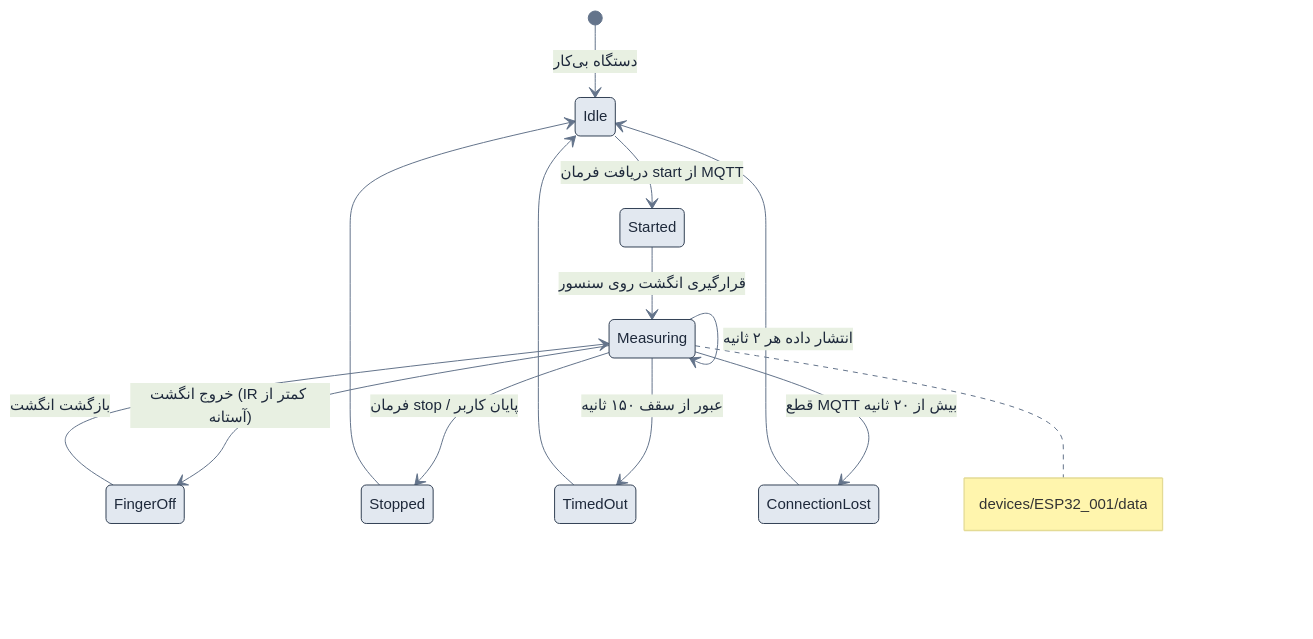
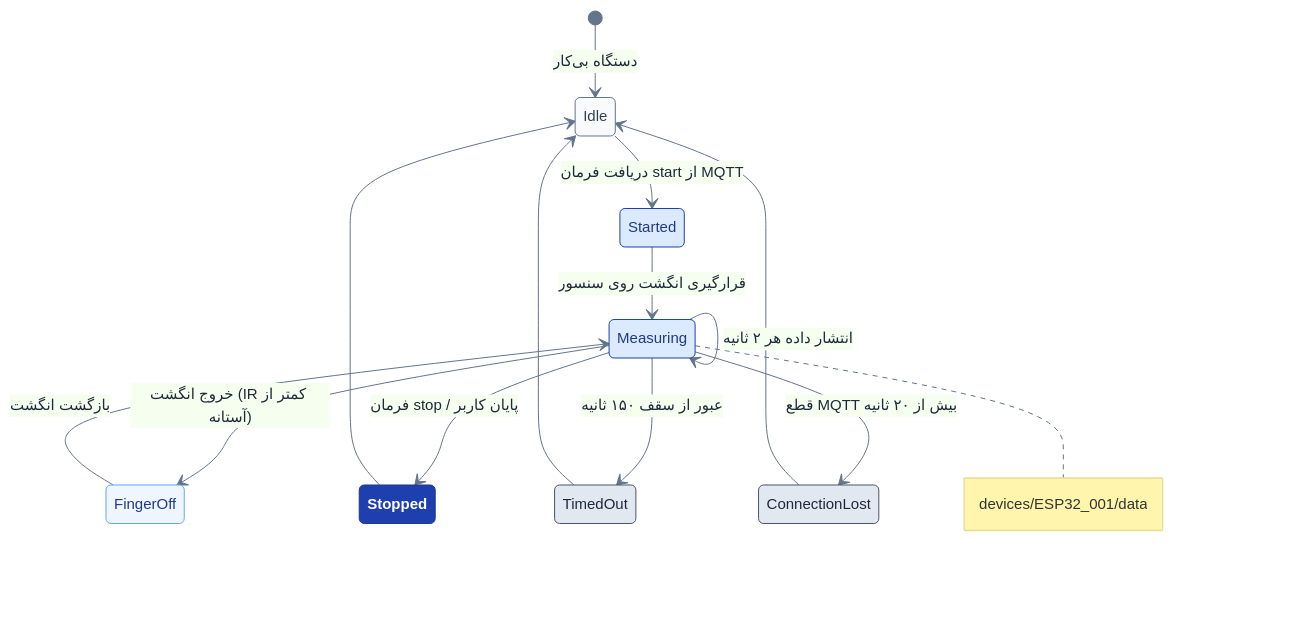
Before and after one commit to Mreza-mh/echo_prj: the diagram in docs/diagrams/v2/10_state_vital_session.mmd, drawn with Mermaid. The commit also changed 20 other files, not shown here.

Commit message:
update mmd diagrams, echo history service, front/back configs

```diff
--- a/docs/diagrams/v2/10_state_vital_session.mmd
+++ b/docs/diagrams/v2/10_state_vital_session.mmd
@@ -1,22 +1,34 @@
-%%{init: {'theme':'base', 'themeVariables': {'primaryColor':'#e2e8f0','primaryBorderColor':'#334155','primaryTextColor':'#1e293b','lineColor':'#64748b','fontSize':'15px'}}}%%
+%%{init: {'theme':'base', 'themeVariables': {'primaryColor':'#eff6ff','primaryBorderColor':'#1e40af','primaryTextColor':'#1e293b','lineColor':'#64748b','fontSize':'15px'}}}%%
 stateDiagram-v2
+    classDef idle fill:#f8fafc,stroke:#64748b,color:#334155
+    classDef active fill:#dbeafe,stroke:#1e40af,color:#1e3a8a
+    classDef warn fill:#eff6ff,stroke:#60a5fa,color:#1e3a8a
+    classDef success fill:#1e40af,stroke:#1e3a8a,color:#ffffff,font-weight:bold
+    classDef failure fill:#e2e8f0,stroke:#475569,color:#1e293b
+
     [*] --> Idle : دستگاه بی‌کار
 
     Idle --> Started : دریافت فرمان start از MQTT
     Started --> Measuring : قرارگیری انگشت روی سنسور
 
     Measuring --> Measuring : انتشار داده هر ۲ ثانیه
     Measuring --> FingerOff : خروج انگشت (IR کمتر از آستانه)
     FingerOff --> Measuring : بازگشت انگشت
 
     Measuring --> Stopped : فرمان stop / پایان کاربر
     Measuring --> TimedOut : عبور از سقف ۱۵۰ ثانیه
     Measuring --> ConnectionLost : قطع MQTT بیش از ۲۰ ثانیه
 
     Stopped --> Idle
     TimedOut --> Idle
     ConnectionLost --> Idle
 
+    class Idle idle
+    class Started,Measuring active
+    class FingerOff warn
+    class Stopped success
+    class TimedOut,ConnectionLost failure
+
     note right of Measuring
         devices/ESP32_001/data
     end note
```
